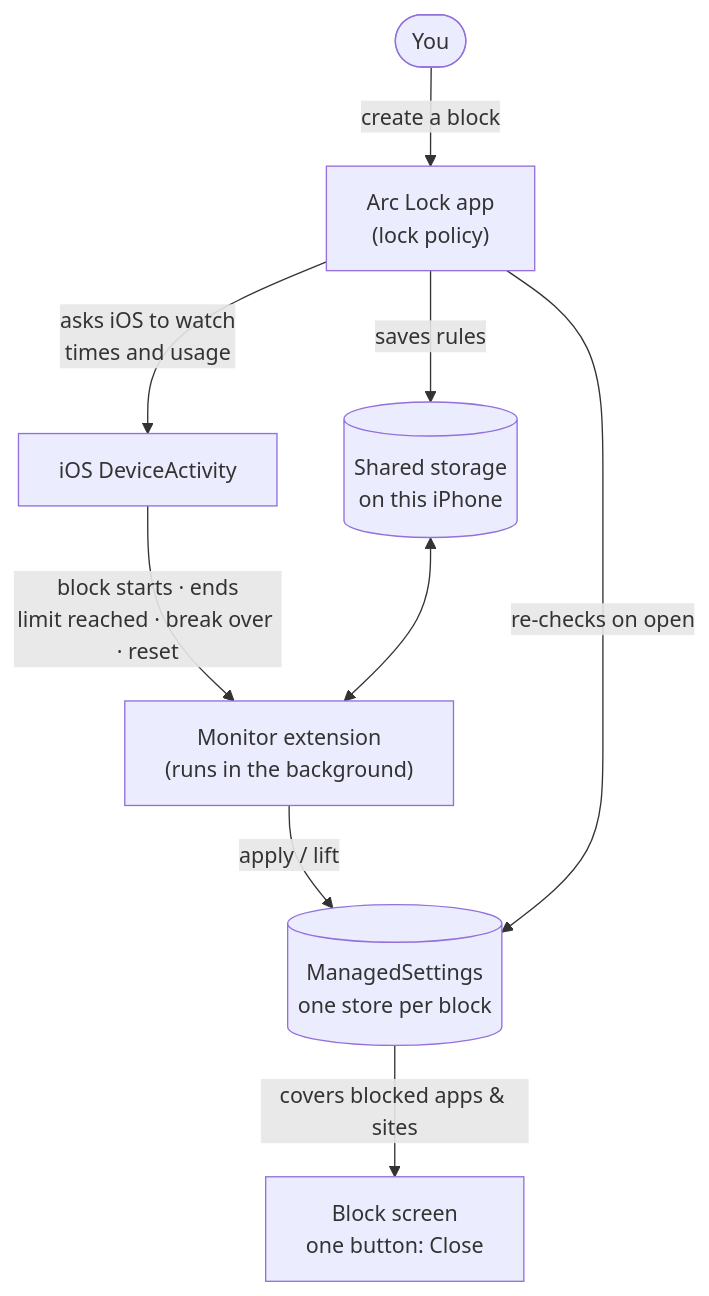
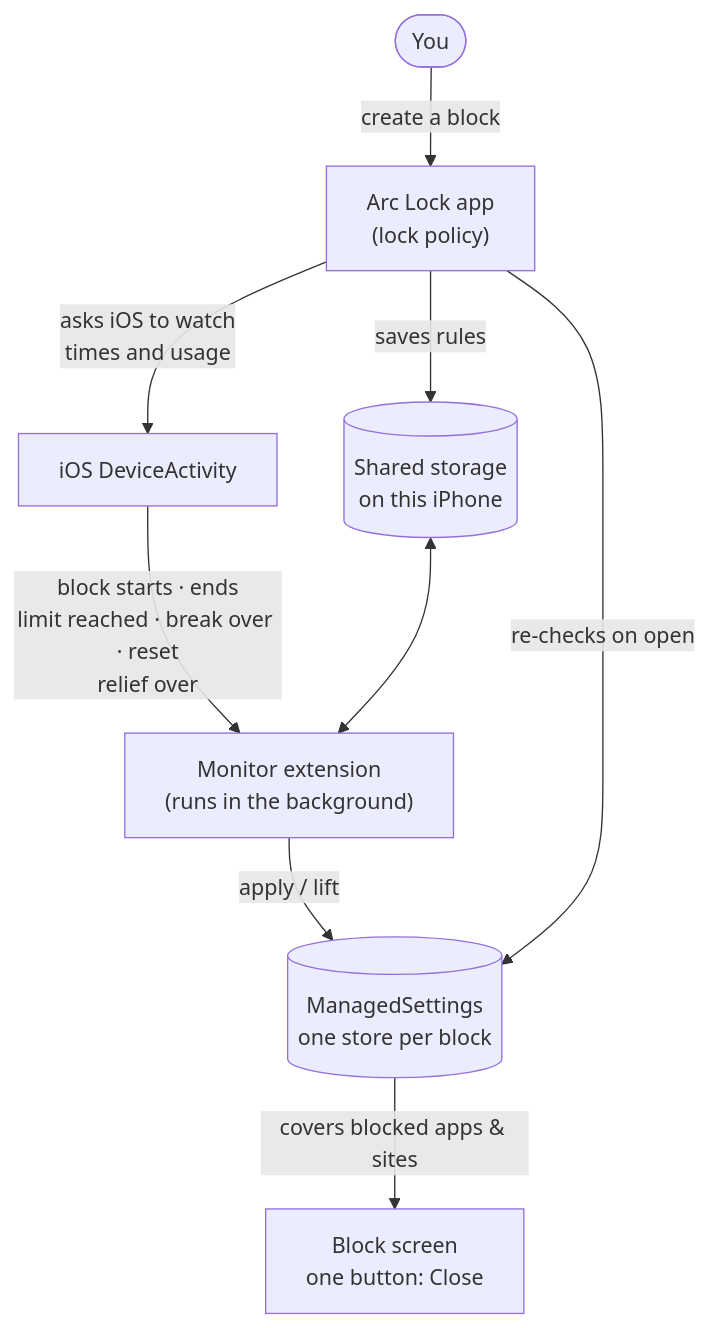
The diagram in README.md (WeldingArc/arc-lock), drawn with Mermaid before and after one commit. The commit also changed other lines of this file and 13 other files, not shown here.

````diff
--- a/README.md
+++ b/README.md
@@ -58,11 +59,11 @@
 ```mermaid
 flowchart TD
     You(["You"]) -->|"create a block"| App["Arc Lock app<br/>(lock policy)"]
     App -->|"saves rules"| Store[("Shared storage<br/>on this iPhone")]
     App -->|"asks iOS to watch<br/>times and usage"| DA["iOS DeviceActivity"]
-    DA -->|"block starts · ends<br/>limit reached · break over · reset"| Mon["Monitor extension<br/>(runs in the background)"]
+    DA -->|"block starts · ends<br/>limit reached · break over · reset<br/>relief over"| Mon["Monitor extension<br/>(runs in the background)"]
     Store <--> Mon
     Mon -->|"apply / lift"| MS[("ManagedSettings<br/>one store per block")]
     App -->|"re-checks on open"| MS
     MS -->|"covers blocked apps & sites"| Shield["Block screen<br/>one button: Close"]
 ```
````
